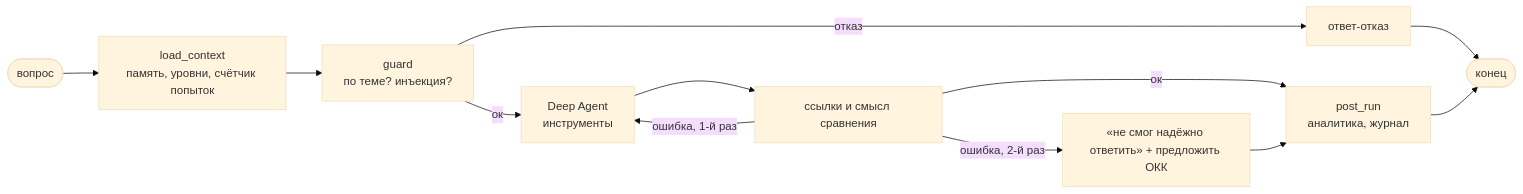
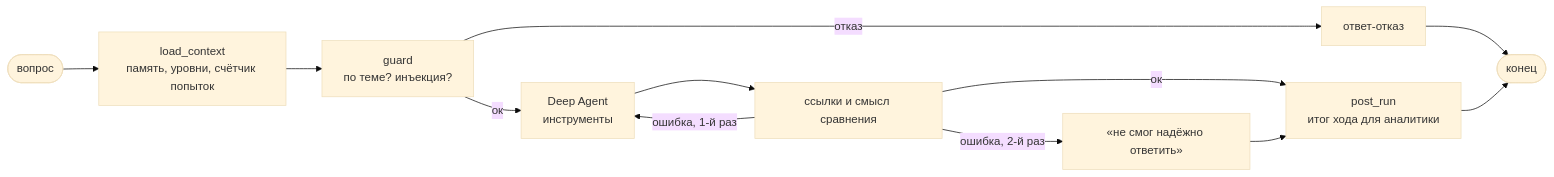
One commit to Long-Honey-Road/document-searching changed the diagram in dev_docs/04-backend-agent.md. Above: the diagram before and after it, drawn with Mermaid (base theme). The commit also changed other lines of this file and 28 other files, not shown here.

````diff
--- a/dev_docs/04-backend-agent.md
+++ b/dev_docs/04-backend-agent.md
@@ -17,12 +17,12 @@
 ```mermaid
 flowchart LR
   start([вопрос]) --> load[load_context<br/>память, уровни, счётчик попыток]
   load --> guard[guard<br/>по теме? инъекция?]
   guard -- отказ --> refuse[ответ-отказ] --> done([конец])
   guard -- ок --> deep[Deep Agent<br/>инструменты]
   deep --> verify[ссылки и смысл сравнения]
-  verify -- ок --> post[post_run<br/>аналитика, журнал]
+  verify -- ок --> post[post_run<br/>итог хода для аналитики]
   verify -- ошибка, 1-й раз --> deep
-  verify -- ошибка, 2-й раз --> fallback[«не смог надёжно ответить» + предложить ОКК] --> post
+  verify -- ошибка, 2-й раз --> fallback[«не смог надёжно ответить»] --> post
   post --> done
 ```
````
